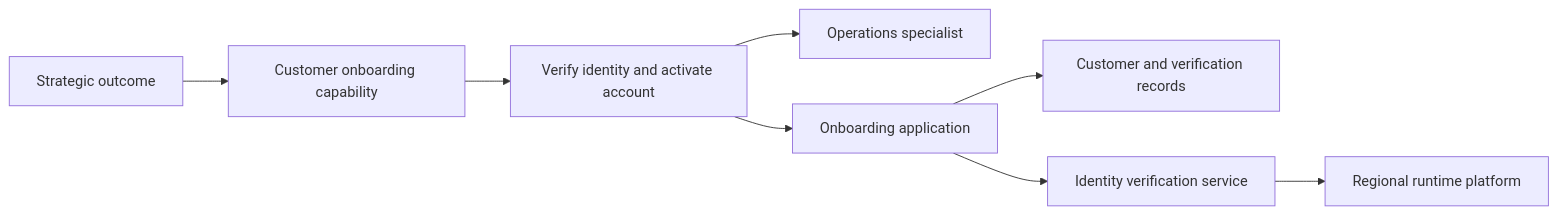
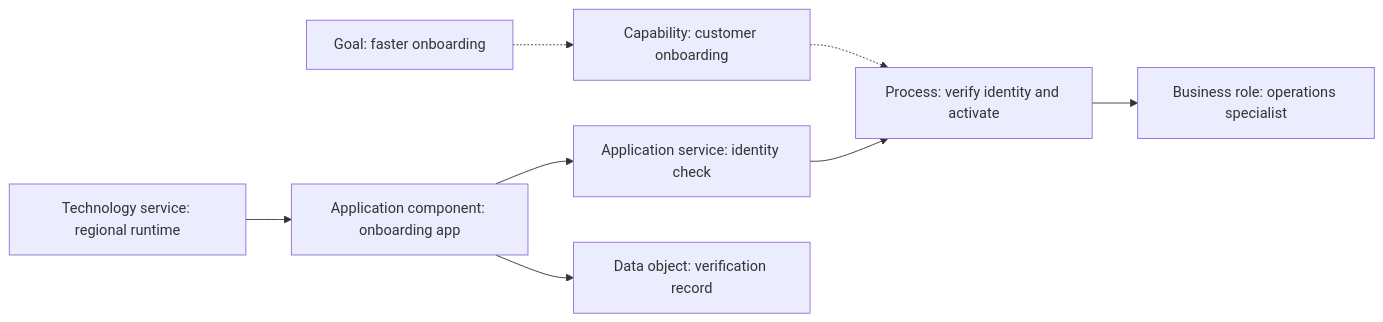
One commit to joydasss/Architect changed the fifth of 11 diagrams in 18_Enterprise_Architecture/CH03_ArchiMate.md. Above: the diagram before and after it, drawn with Mermaid. The commit also changed other lines of this file and 22 other files, not shown here.

Commit message:
Architecture changes

````diff
--- a/18_Enterprise_Architecture/CH03_ArchiMate.md
+++ b/18_Enterprise_Architecture/CH03_ArchiMate.md
@@ -52,10 +224,10 @@
 ```mermaid
 flowchart LR
-    Strategy[Strategic outcome] --> Capability[Customer onboarding capability]
-    Capability --> Process[Verify identity and activate account]
-    Process --> Role[Operations specialist]
-    Process --> App[Onboarding application]
-    App --> Data[Customer and verification records]
-    App --> Service[Identity verification service]
-    Service --> Tech[Regional runtime platform]
+    Outcome["Goal: faster onboarding"] -.-> Cap["Capability: customer onboarding"]
+    Cap -.-> Proc["Process: verify identity and activate"]
+    Proc --> Role["Business role: operations specialist"]
+    AppSvc["Application service: identity check"] --> Proc
+    App["Application component: onboarding app"] --> AppSvc
+    App --> Data["Data object: verification record"]
+    TSvc["Technology service: regional runtime"] --> App
 ```
````
